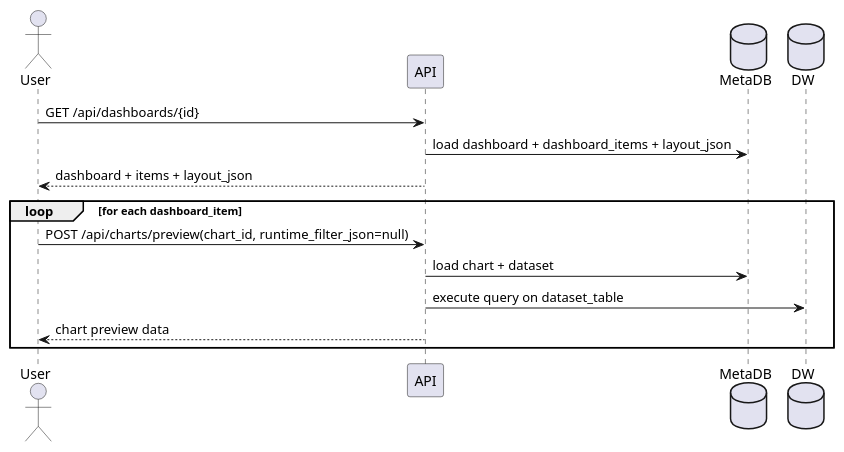
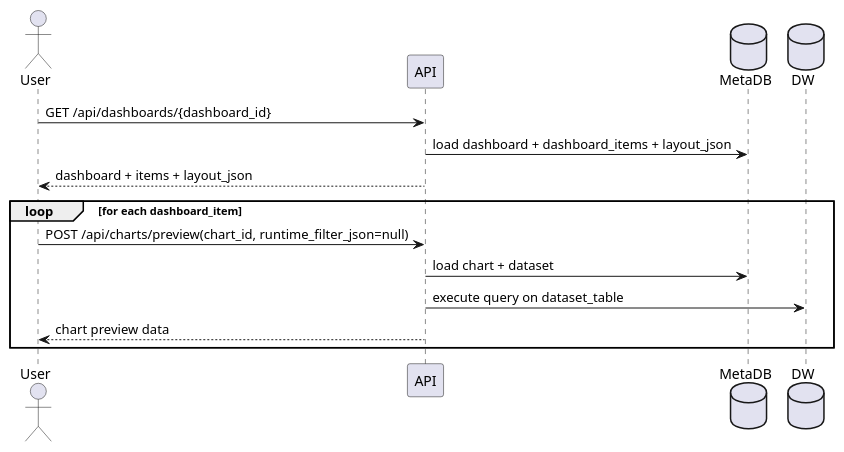
One commit to FangZiyong/grass changed diagram 26 of 29 in docs/tech.md. Above: the diagram before and after it, drawn with PlantUML. The commit also changed other lines of this file and 5 other files, not shown here.

````diff
--- a/docs/tech.md
+++ b/docs/tech.md
@@ -5789,20 +5791,20 @@
 ```plantuml
 @startuml
 actor User
 participant "API" as API
 database "MetaDB" as MDB
 database "DW" as DW
 
-User -> API: GET /api/dashboards/{id}
+User -> API: GET /api/dashboards/{dashboard_id}
 API -> MDB: load dashboard + dashboard_items + layout_json
 API --> User: dashboard + items + layout_json
 
 loop for each dashboard_item
   User -> API: POST /api/charts/preview(chart_id, runtime_filter_json=null)
   API -> MDB: load chart + dataset
   API -> DW: execute query on dataset_table
   API --> User: chart preview data
 end
 
 @enduml
 ```
````
